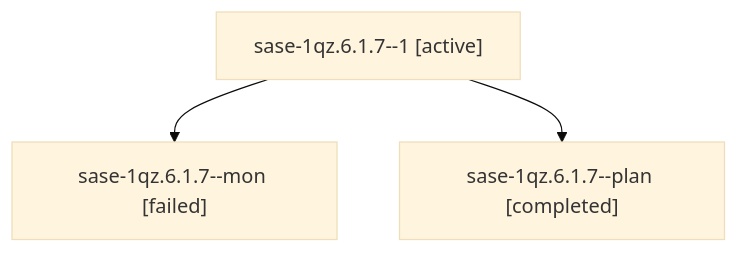
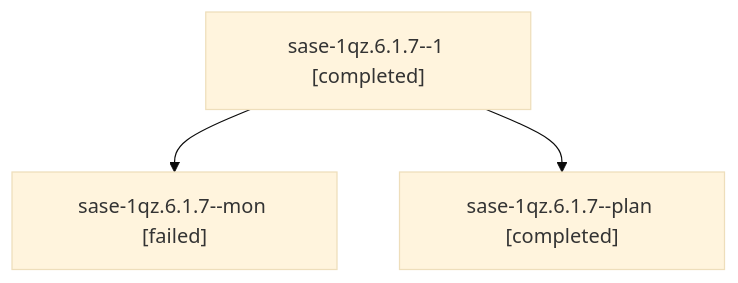
The diagram in sessions/bbugyi200.athena.sase-1qz.6.1.7.md (sase-org/sase--agents), drawn with Mermaid (base theme) before and after one commit. The commit also changed other lines of this file and 71 other files, not shown here.

````diff
--- a/sessions/bbugyi200.athena.sase-1qz.6.1.7.md
+++ b/sessions/bbugyi200.athena.sase-1qz.6.1.7.md
@@ -9,8 +9,8 @@
 ```mermaid
 flowchart TD
-  n0["sase-1qz.6.1.7--1 [active]"]
+  n0["sase-1qz.6.1.7--1 [completed]"]
   n1["sase-1qz.6.1.7--mon [failed]"]
   n0 --> n1
   n2["sase-1qz.6.1.7--plan [completed]"]
   n0 --> n2
 ```
````
